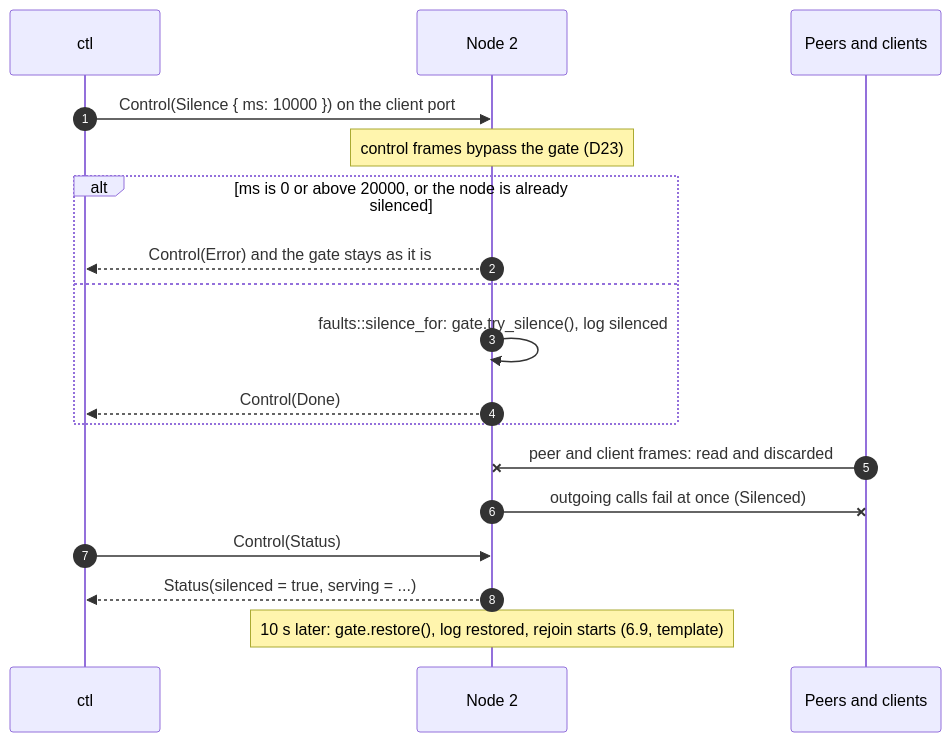
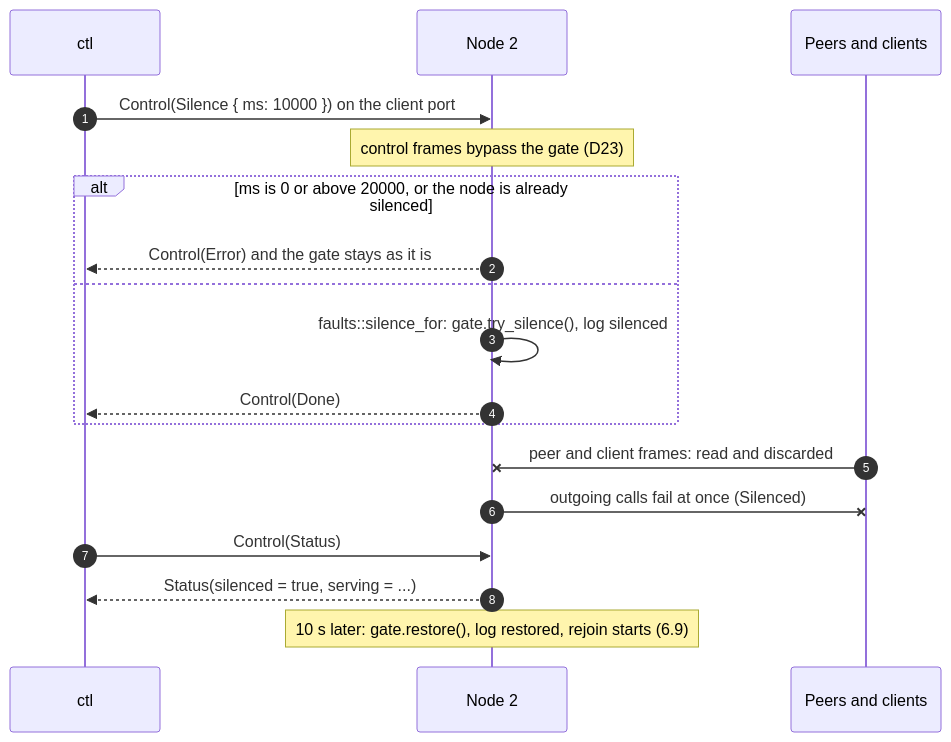
One commit to noortaytoy1/DistributedSystems changed diagram 16 of 26 in docs/architecture.md. Above: the diagram before and after it, drawn with Mermaid. The commit also changed other lines of this file and 10 other files, not shown here.

````diff
--- a/docs/architecture.md
+++ b/docs/architecture.md
@@ -598,20 +611,20 @@
 ```mermaid
 sequenceDiagram
     autonumber
     participant OP as ctl
     participant N as Node 2
     participant P as Peers and clients
     OP->>N: Control(Silence { ms: 10000 }) on the client port
     Note over N: control frames bypass the gate (D23)
     alt ms is 0 or above 20000, or the node is already silenced
         N-->>OP: Control(Error) and the gate stays as it is
     else
         N->>N: faults::silence_for: gate.try_silence(), log silenced
         N-->>OP: Control(Done)
     end
     P-xN: peer and client frames: read and discarded
     N-xP: outgoing calls fail at once (Silenced)
     OP->>N: Control(Status)
     N-->>OP: Status(silenced = true, serving = ...)
-    Note over N: 10 s later: gate.restore(), log restored, rejoin starts (6.9, template)
+    Note over N: 10 s later: gate.restore(), log restored, rejoin starts (6.9)
 ```
````
